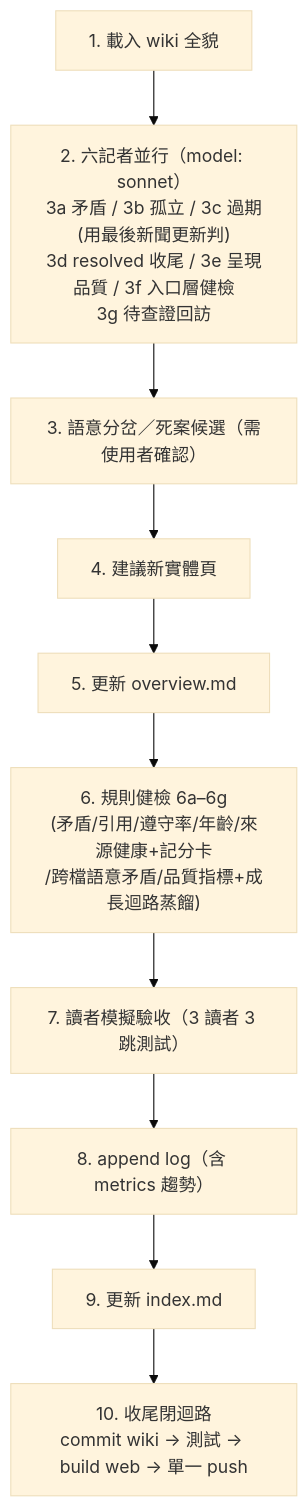
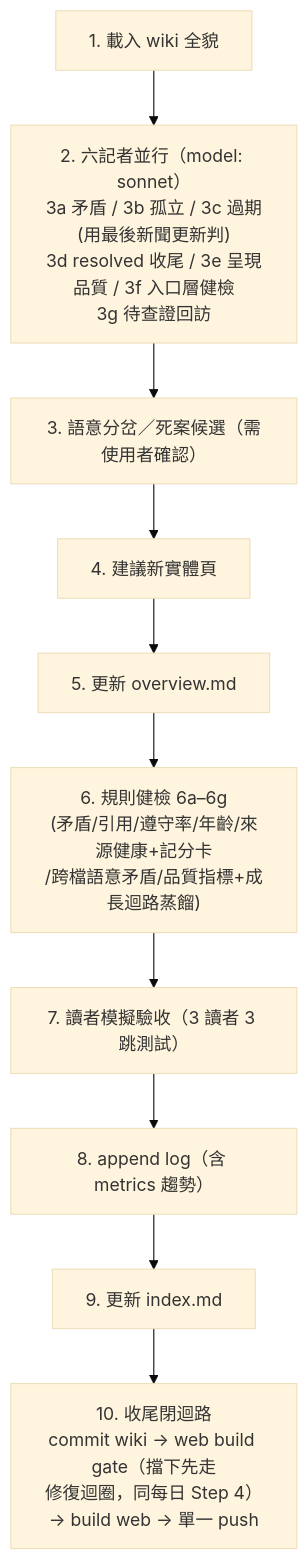
The fifth of 9 diagrams in src/DesignDocument/Design Diagram.md (mandy82477/claude-news), drawn with Mermaid (base theme) before and after one commit. The commit also changed other lines of this file and 2 other files, not shown here.

First line of the commit message:
docs: 架構文件同步 web build gate 修復迴圈＋死鏈上 Actions＋/weekly 步驟 0

````diff
--- a/src/DesignDocument/Design Diagram.md
+++ b/src/DesignDocument/Design Diagram.md
@@ -179,13 +182,15 @@
 ```mermaid
 flowchart TD
     L1["1. 載入 wiki 全貌"] --> L2
     L2["2. 六記者並行（model: sonnet）\n3a 矛盾 / 3b 孤立 / 3c 過期(用最後新聞更新判)\n3d resolved 收尾 / 3e 呈現品質 / 3f 入口層健檢\n3g 待查證回訪"] --> L3
     L3["3. 語意分岔／死案候選（需使用者確認）"] --> L4
     L4["4. 建議新實體頁"] --> L5
     L5["5. 更新 overview.md"] --> L6
     L6["6. 規則健檢 6a–6g\n(矛盾/引用/遵守率/年齡/來源健康+記分卡\n/跨檔語意矛盾/品質指標+成長迴路蒸餾)"] --> L7
     L7["7. 讀者模擬驗收（3 讀者 3 跳測試）"] --> L8
     L8["8. append log（含 metrics 趨勢）"] --> L9
     L9["9. 更新 index.md"] --> L10
-    L10["10. 收尾閉迴路\ncommit wiki → 測試 → build web → 單一 push"]
+    L10["10. 收尾閉迴路
+commit wiki → web build gate（擋下先走
+修復迴圈，同每日 Step 4）→ build web → 單一 push"]
 ```
````
